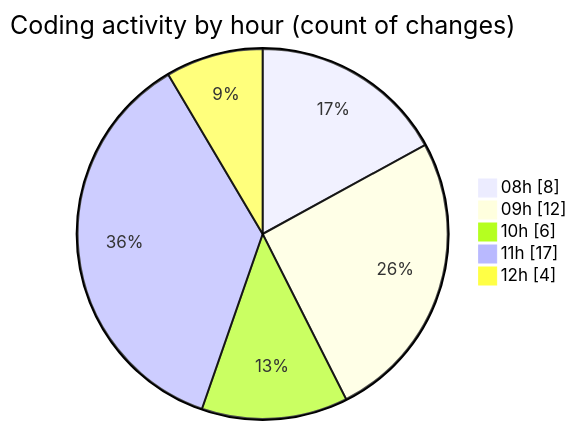
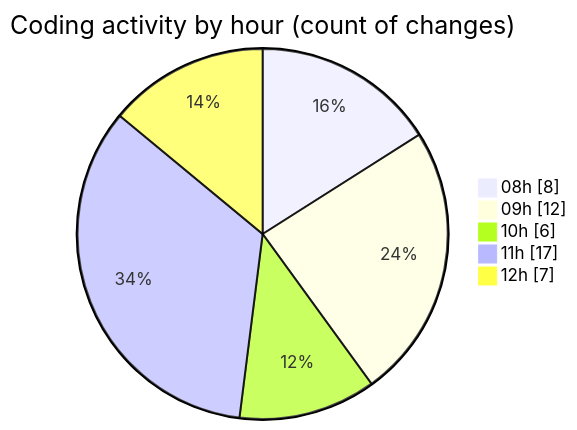
One commit to momahboobian/code-tracking changed the second of 2 diagrams in 2025-09-15/cda/README.md. Above: the diagram before and after it, drawn with Mermaid. The commit also changed other lines of this file and 1 other file, not shown here.

````diff
--- a/2025-09-15/cda/README.md
+++ b/2025-09-15/cda/README.md
@@ -31,9 +31,9 @@
 ```mermaid
 pie showData
 title Coding activity by hour (count of changes)
 "08h" : 8
 "09h" : 12
 "10h" : 6
 "11h" : 17
-"12h" : 4
+"12h" : 7
 ```
````
